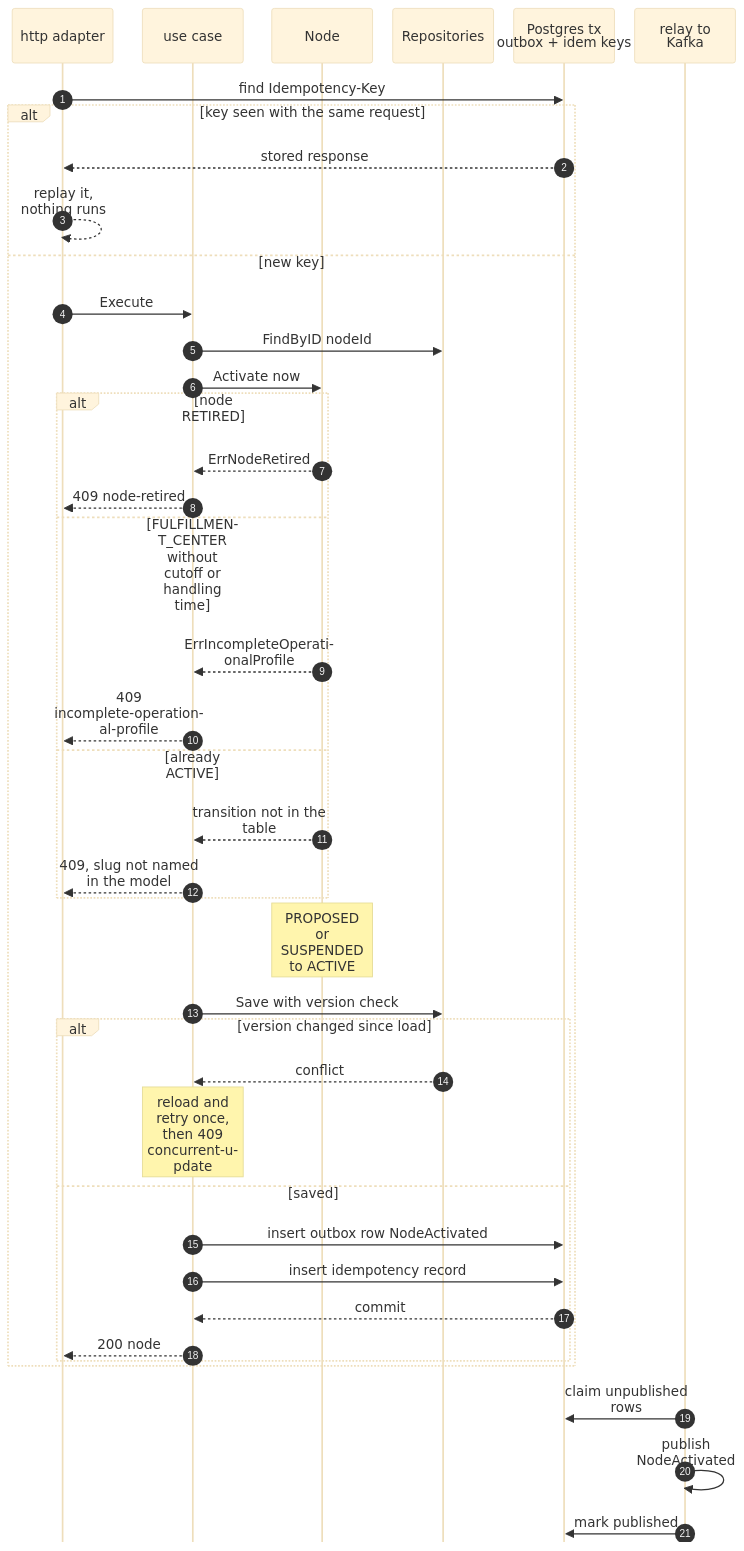
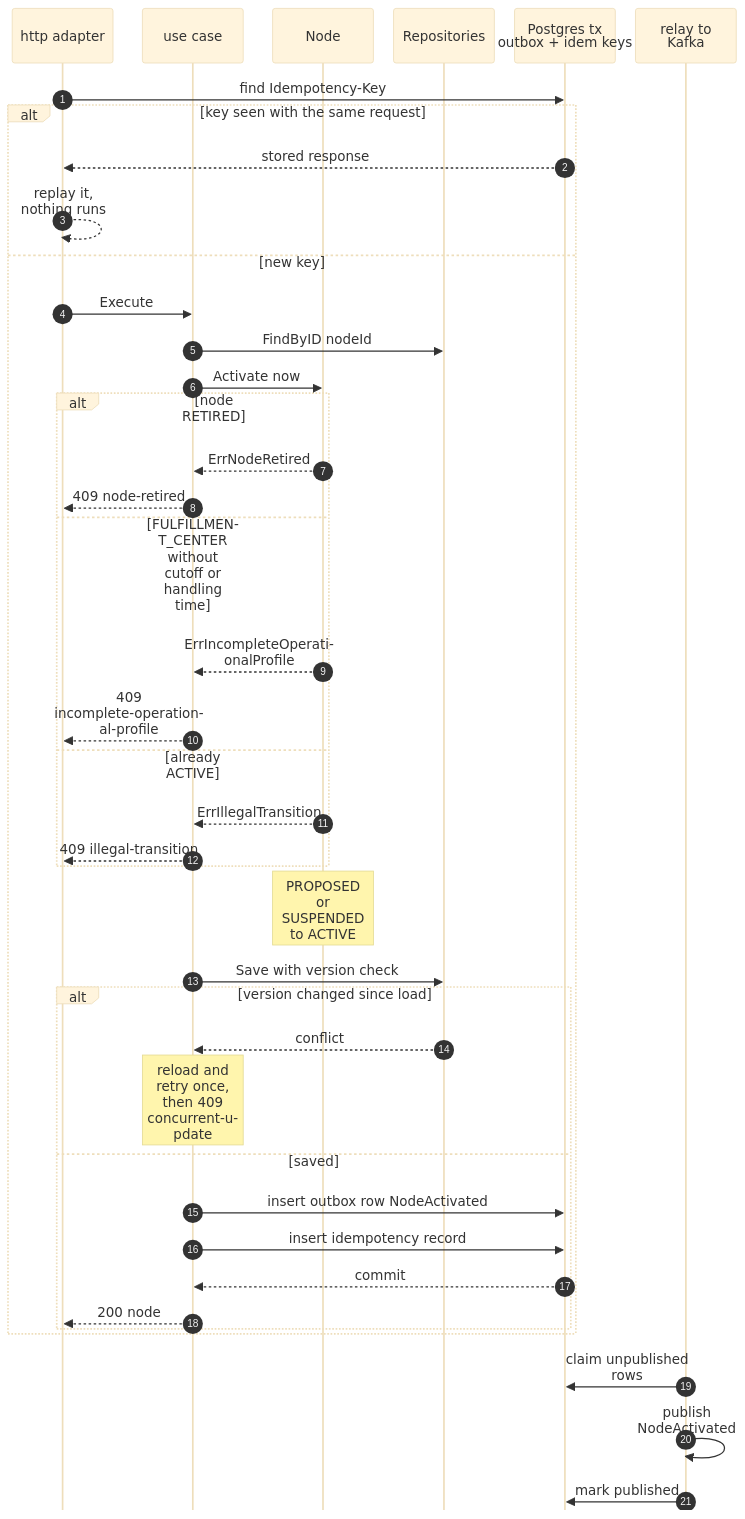
The third of 9 diagrams in network/docs/contexts/node-topology/sequence-diagrams.md (IQVO/warehouse-docs), drawn with Mermaid (base theme) before and after one commit. The commit also changed other lines of this file and 125 other files, not shown here.

````diff
--- a/network/docs/contexts/node-topology/sequence-diagrams.md
+++ b/network/docs/contexts/node-topology/sequence-diagrams.md
@@ -145,44 +158,44 @@
 ```mermaid
 %%{init: {"sequence": {"wrap": true, "width": 120, "actorMargin": 24, "messageMargin": 28, "boxMargin": 6, "noteMargin": 6, "mirrorActors": false}}}%%
 sequenceDiagram
     autonumber
     participant H as http adapter
     participant UC as use case
     participant A as Node
     participant R as Repositories
     participant TX as Postgres tx<br/>outbox + idem keys
     participant K as relay to Kafka
     H->>TX: find Idempotency-Key
     alt key seen with the same request
         TX-->>H: stored response
         H-->>H: replay it, nothing runs
     else new key
         H->>UC: Execute
         UC->>R: FindByID nodeId
         UC->>A: Activate now
         alt node RETIRED
             A-->>UC: ErrNodeRetired
             UC-->>H: 409 node-retired
         else FULFILLMENT_CENTER without cutoff or handling time
             A-->>UC: ErrIncompleteOperationalProfile
             UC-->>H: 409 incomplete-operational-profile
         else already ACTIVE
-            A-->>UC: transition not in the table
-            UC-->>H: 409, slug not named in the model
+            A-->>UC: ErrIllegalTransition
+            UC-->>H: 409 illegal-transition
         end
         Note over A: PROPOSED or SUSPENDED to ACTIVE
         UC->>R: Save with version check
         alt version changed since load
             R-->>UC: conflict
             Note over UC: reload and retry once, then 409 concurrent-update
         else saved
             UC->>TX: insert outbox row NodeActivated
             UC->>TX: insert idempotency record
             TX-->>UC: commit
             UC-->>H: 200 node
         end
     end
     K->>TX: claim unpublished rows
     K->>K: publish NodeActivated
     K->>TX: mark published
 ```
````
